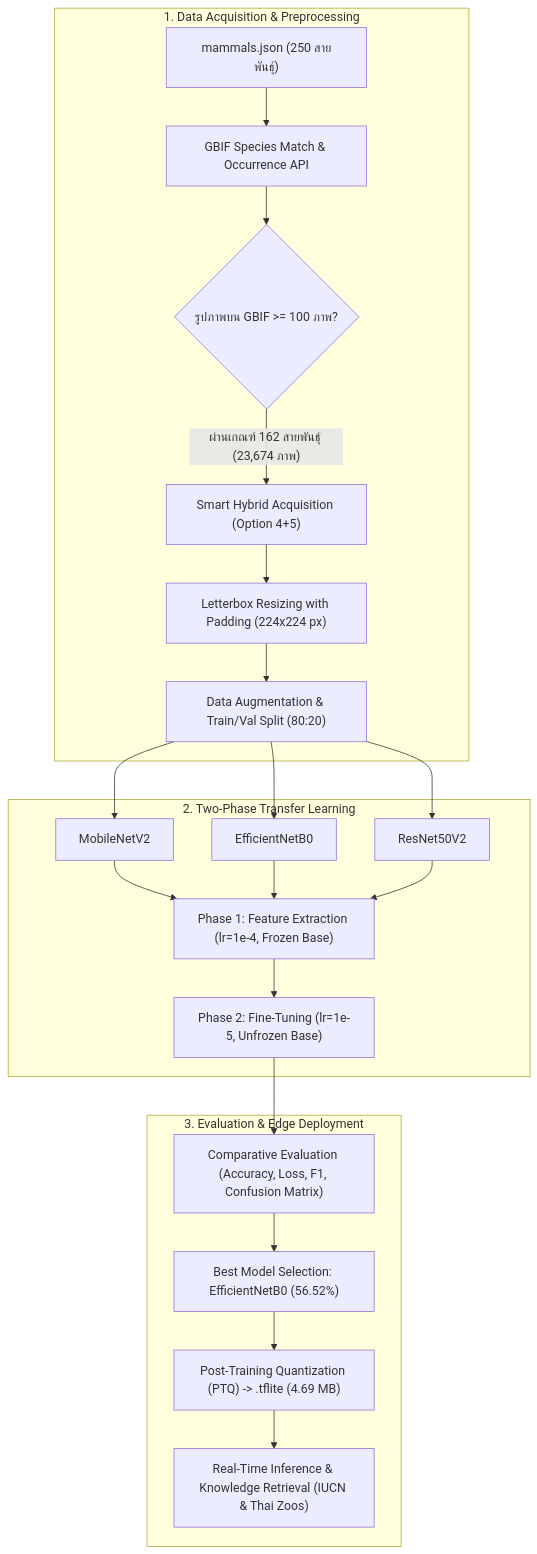
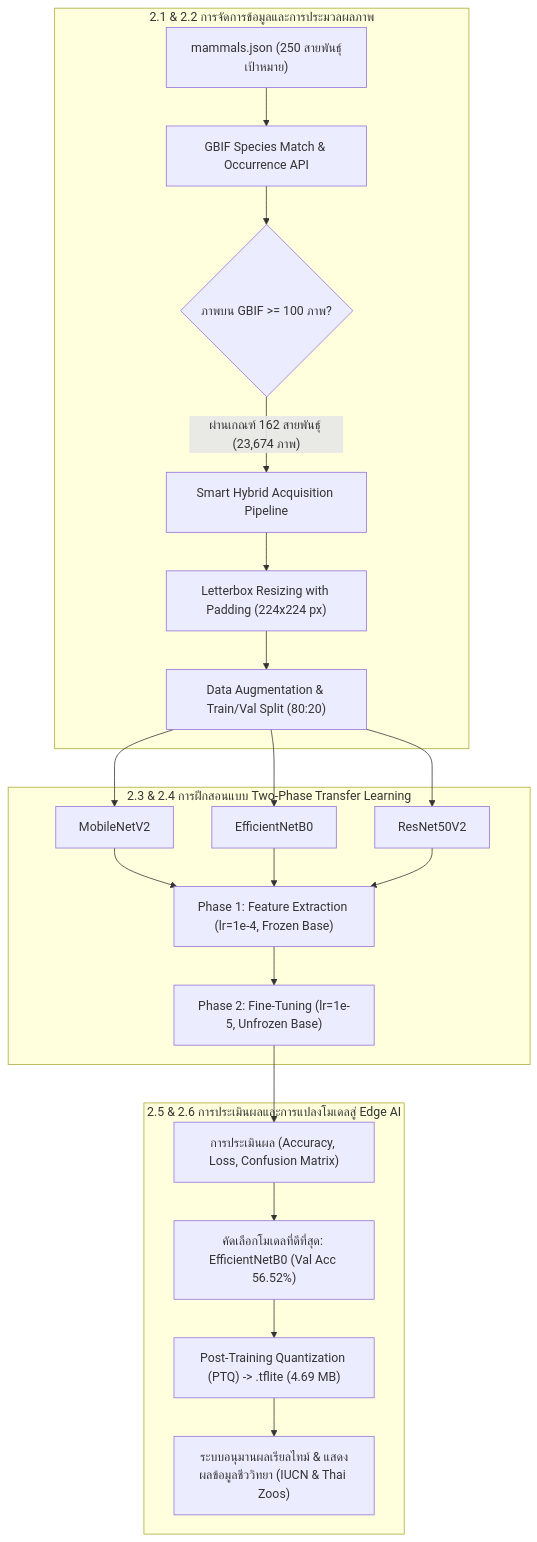
The diagram in docs/paper_th.md (arc6828/my-animal2), drawn with Mermaid before and after one commit. The commit also changed other lines of this file and 4 other files, not shown here.

````diff
--- a/docs/paper_th.md
+++ b/docs/paper_th.md
@@ -55,25 +48,25 @@
 ```mermaid
 flowchart TD
-    subgraph DataPipeline ["1. Data Acquisition & Preprocessing"]
-        A["mammals.json (250 สายพันธุ์)"] --> B["GBIF Species Match & Occurrence API"]
-        B --> C{"รูปภาพบน GBIF >= 100 ภาพ?"}
-        C -- "ผ่านเกณฑ์ 162 สายพันธุ์ (23,674 ภาพ)" --> D["Smart Hybrid Acquisition (Option 4+5)"]
+    subgraph DataPipeline ["2.1 & 2.2 การจัดการข้อมูลและการประมวลผลภาพ"]
+        A["mammals.json (250 สายพันธุ์เป้าหมาย)"] --> B["GBIF Species Match & Occurrence API"]
+        B --> C{"ภาพบน GBIF >= 100 ภาพ?"}
+        C -- "ผ่านเกณฑ์ 162 สายพันธุ์ (23,674 ภาพ)" --> D["Smart Hybrid Acquisition Pipeline"]
         D --> E["Letterbox Resizing with Padding (224x224 px)"]
         E --> F["Data Augmentation & Train/Val Split (80:20)"]
     end
 
-    subgraph ModelTraining ["2. Two-Phase Transfer Learning"]
+    subgraph ModelTraining ["2.3 & 2.4 การฝึกสอนแบบ Two-Phase Transfer Learning"]
         F --> G["MobileNetV2"]
         F --> H["EfficientNetB0"]
         F --> I["ResNet50V2"]
         G & H & I --> J["Phase 1: Feature Extraction (lr=1e-4, Frozen Base)"]
         J --> K["Phase 2: Fine-Tuning (lr=1e-5, Unfrozen Base)"]
     end
 
-    subgraph EvaluationEdge ["3. Evaluation & Edge Deployment"]
-        K --> L["Comparative Evaluation (Accuracy, Loss, F1, Confusion Matrix)"]
-        L --> M["Best Model Selection: EfficientNetB0 (56.52%)"]
+    subgraph EvaluationEdge ["2.5 & 2.6 การประเมินผลและการแปลงโมเดลสู่ Edge AI"]
+        K --> L["การประเมินผล (Accuracy, Loss, Confusion Matrix)"]
+        L --> M["คัดเลือกโมเดลที่ดีที่สุด: EfficientNetB0 (Val Acc 56.52%)"]
         M --> N["Post-Training Quantization (PTQ) -> .tflite (4.69 MB)"]
-        N --> O["Real-Time Inference & Knowledge Retrieval (IUCN & Thai Zoos)"]
+        N --> O["ระบบอนุมานผลเรียลไทม์ & แสดงผลข้อมูลชีววิทยา (IUCN & Thai Zoos)"]
     end
 ```
````
